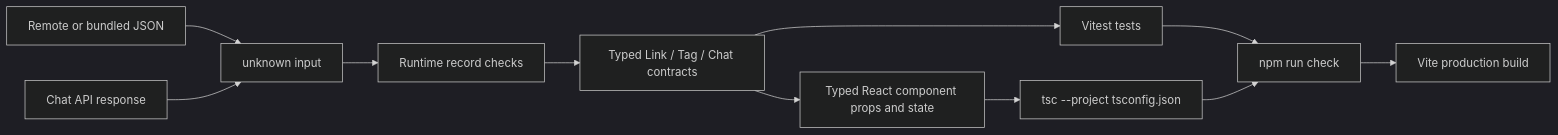
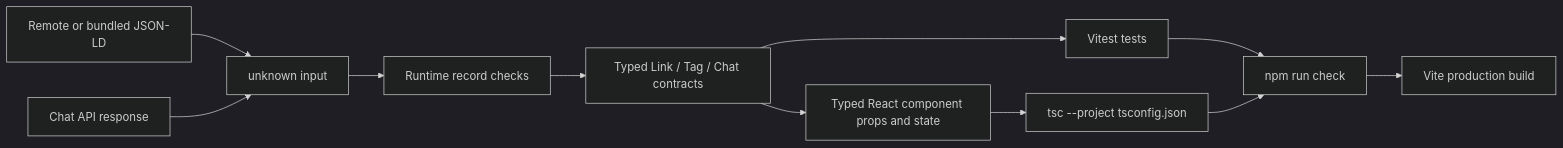
Before and after one commit to johnpfeiffer/links: the second of 7 diagrams in architecture.md, drawn with Mermaid (dark theme). The commit also changed other lines of this file and 21 other files, not shown here.

Commit message:
migrate to JSONLD schema.org format in a compatible and safe way, remove extraneous link date scripts that are now in favorites

````diff
--- a/architecture.md
+++ b/architecture.md
@@ -56,13 +56,13 @@
 ```mermaid
 flowchart LR
-  Content["Remote or bundled JSON"] --> Unknown["unknown input"]
+  Content["Remote or bundled JSON-LD"] --> Unknown["unknown input"]
   Api["Chat API response"] --> Unknown
   Unknown --> Narrow["Runtime record checks"]
   Narrow --> Models["Typed Link / Tag / Chat contracts"]
   Models --> Ui["Typed React component props and state"]
   Models --> Tests["Vitest tests"]
   Ui --> Compile["tsc --project tsconfig.json"]
   Tests --> Check["npm run check"]
   Compile --> Check
   Check --> Build["Vite production build"]
 ```
````
